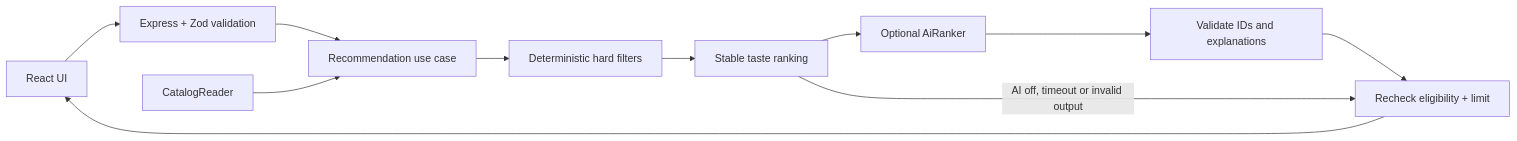
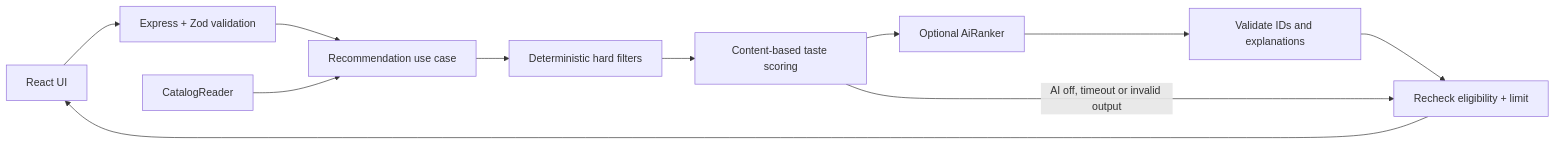
The diagram in README.md (shadiqaddoura/sufra), drawn with Mermaid before and after one commit. The commit also changed other lines of this file and 14 other files, not shown here.

Commit message:
feat: add explainable content-based recommendations

````diff
--- a/README.md
+++ b/README.md
@@ -72,13 +73,13 @@
 ```mermaid
 flowchart LR
   React[React UI] --> HTTP[Express + Zod validation]
   HTTP --> Service[Recommendation use case]
   Catalog[CatalogReader] --> Service
   Service --> Rules[Deterministic hard filters]
-  Rules --> Baseline[Stable taste ranking]
+  Rules --> Baseline[Content-based taste scoring]
   Baseline --> AI[Optional AiRanker]
   AI --> Guard[Validate IDs and explanations]
   Guard --> Final[Recheck eligibility + limit]
   Baseline -->|AI off, timeout or invalid output| Final
   Final --> React
 ```
````
